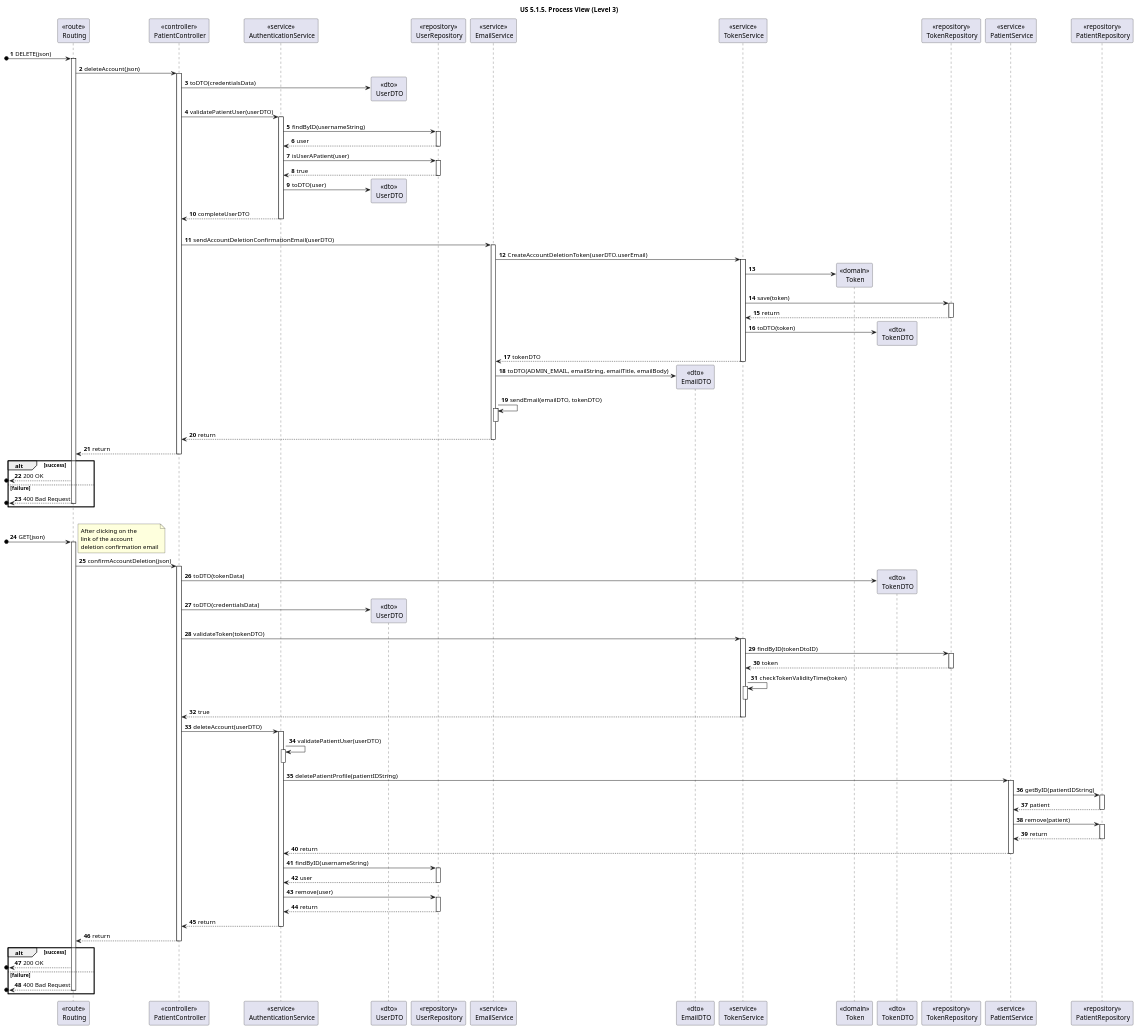
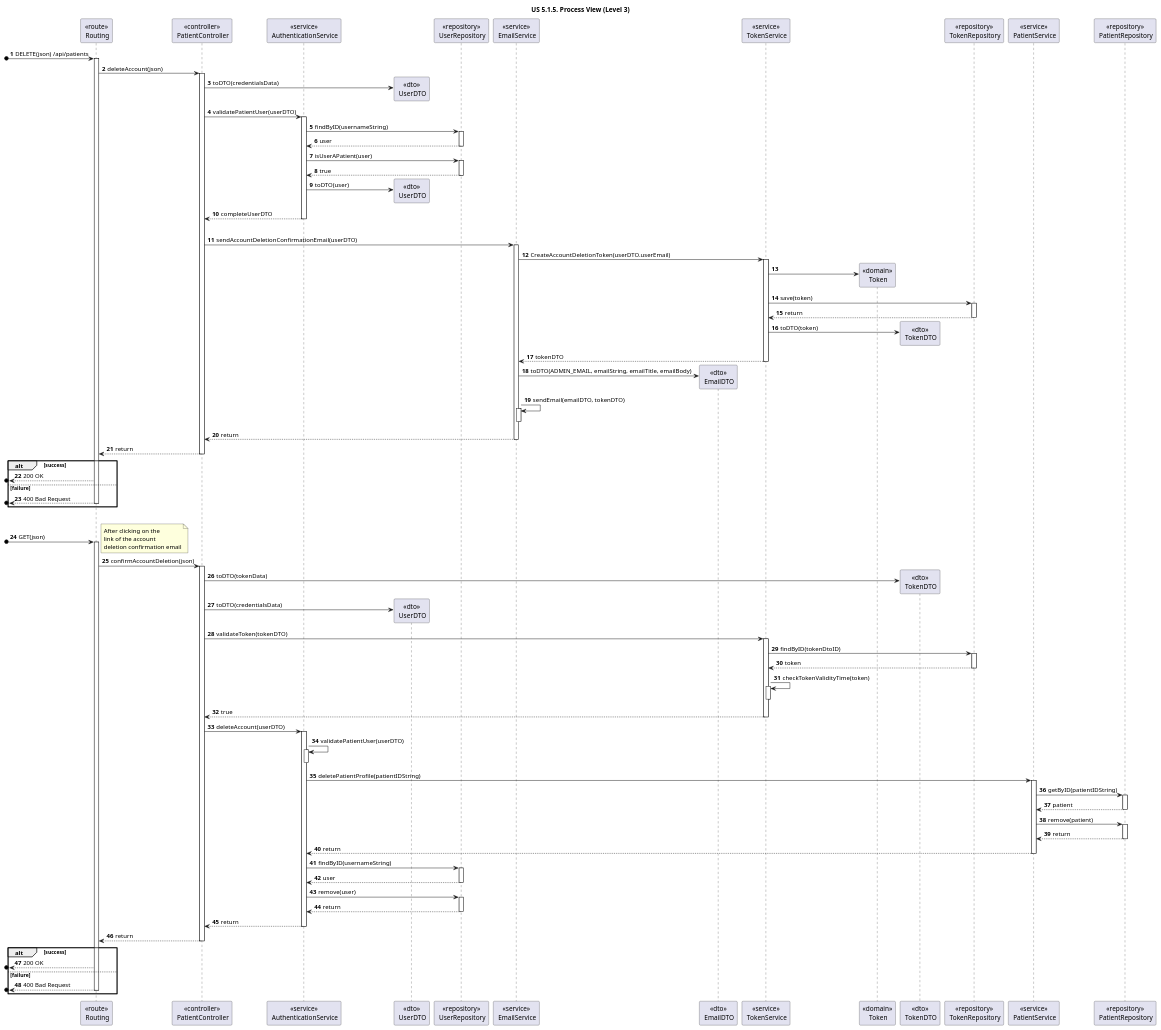
Before and after one commit to rita-barbosa/LAPR5-2425: the diagram in docs/sprint-1/1220683/us-5.1.5/diagrams/Process_View/Level-3/us5-process-view-lvl3.puml, drawn with PlantUML. The commit also changed 7 other files, not shown here.

```diff
--- a/docs/sprint-1/1220683/us-5.1.5/diagrams/Process_View/Level-3/us5-process-view-lvl3.puml
+++ b/docs/sprint-1/1220683/us-5.1.5/diagrams/Process_View/Level-3/us5-process-view-lvl3.puml
@@ -1,192 +1,192 @@
 @startuml
 'https://plantuml.com/sequence-diagram
 
 title "US 5.1.5. Process View (Level 3)"
 
 autonumber
 
 participant "<<route>>\n Routing" as ROUTE
 participant "<<controller>>\n PatientController" as CONTROL
 
 participant "<<service>>\n AuthenticationService" as AUTHServ
 
 participant "<<dto>>\n UserDTO" as UserDTO
 
 participant "<<repository>>\n UserRepository" as AUTHRepo
 
 participant "<<service>>\n EmailService" as EMAILServ
 participant "<<dto>>\n EmailDTO" as EmailDTO
 
 participant "<<service>>\n TokenService" as TOKENServ
 participant "<<domain>>\n Token" as TOKEN
 participant "<<dto>>\n TokenDTO" as TokenDTO
 participant "<<repository>>\n TokenRepository" as TOKENRepo
 
 participant "<<service>>\n PatientService" as PATIENTServ
 participant "<<repository>>\n PatientRepository" as PATIENTRepo
 
 
-[o-> ROUTE : DELETE(json)
+[o-> ROUTE : DELETE(json) /api/patients
 activate ROUTE
 
 ROUTE -> CONTROL : deleteAccount(json)
 activate CONTROL
 
 CONTROL -> UserDTO** : toDTO(credentialsData)
 
 CONTROL -> AUTHServ : validatePatientUser(userDTO)
 activate AUTHServ
 
 
 AUTHServ -> AUTHRepo : findByID(usernameString)
 activate AUTHRepo
 
 
 AUTHRepo --> AUTHServ : user
 deactivate AUTHRepo
 
 AUTHServ -> AUTHRepo : isUserAPatient(user)
 activate AUTHRepo
 
 AUTHRepo --> AUTHServ : true
 deactivate AUTHRepo
 
 AUTHServ -> UserDTO ** : toDTO(user)
 
 AUTHServ --> CONTROL : completeUserDTO
 deactivate AUTHServ
 
 |||
 'SENDING EMAIL
 
 CONTROL -> EMAILServ : sendAccountDeletionConfirmationEmail(userDTO)
 activate EMAILServ
 
 EMAILServ -> TOKENServ : CreateAccountDeletionToken(userDTO.userEmail)
 activate TOKENServ
 
 TOKENServ -> TOKEN **
 
 TOKENServ -> TOKENRepo : save(token)
 activate TOKENRepo
 
 
 TOKENRepo --> TOKENServ : return
 deactivate TOKENRepo
 
 TOKENServ -> TokenDTO ** : toDTO(token)
 
 TOKENServ --> EMAILServ : tokenDTO
 deactivate TOKENServ
 
 EMAILServ -> EmailDTO ** : toDTO(ADMIN_EMAIL, emailString, emailTitle, emailBody)
 
 EMAILServ -> EMAILServ : sendEmail(emailDTO, tokenDTO)
 activate EMAILServ
 deactivate EMAILServ
 
 
 EMAILServ --> CONTROL : return
 deactivate EMAILServ
 
 CONTROL --> ROUTE : return
 deactivate CONTROL
 
 alt success
 [o<-- ROUTE : 200 OK
 
 else failure
 
 [o<-- ROUTE : 400 Bad Request
 deactivate ROUTE
 end alt
 
 |||
 
 'CONFIRMATION
 
 [o-> ROUTE : GET(json)
 note left
 After clicking on the
 link of the account
 deletion confirmation email
 end note
 activate ROUTE
 
 ROUTE -> CONTROL : confirmAccountDeletion(json)
 activate CONTROL
 
 CONTROL -> TokenDTO ** : toDTO(tokenData)
 CONTROL -> UserDTO ** : toDTO(credentialsData)
 
 CONTROL -> TOKENServ : validateToken(tokenDTO)
 activate TOKENServ
 
 TOKENServ -> TOKENRepo : findByID(tokenDtoID)
 activate TOKENRepo
 
 TOKENRepo --> TOKENServ : token
 deactivate TOKENRepo
 
 TOKENServ -> TOKENServ : checkTokenValidityTime(token)
 activate TOKENServ
 deactivate TOKENServ
 
 TOKENServ --> CONTROL : true
 deactivate TOKENServ
 
 CONTROL -> AUTHServ : deleteAccount(userDTO)
 activate AUTHServ
 
 AUTHServ -> AUTHServ : validatePatientUser(userDTO)
 activate AUTHServ
 deactivate AUTHServ
 
 AUTHServ -> PATIENTServ : deletePatientProfile(patientIDString)
 activate PATIENTServ
 
 PATIENTServ -> PATIENTRepo : getByID(patientIDString)
 activate PATIENTRepo
 
 PATIENTRepo --> PATIENTServ : patient
 deactivate PATIENTRepo
 
 PATIENTServ -> PATIENTRepo : remove(patient)
 activate PATIENTRepo
 
 
 PATIENTRepo --> PATIENTServ : return
 deactivate PATIENTRepo
 
 PATIENTServ --> AUTHServ : return
 deactivate PATIENTServ
 
 AUTHServ -> AUTHRepo :  findByID(usernameString)
 activate AUTHRepo
 
 AUTHRepo --> AUTHServ : user
 deactivate AUTHRepo
 
 AUTHServ -> AUTHRepo : remove(user)
 activate AUTHRepo
 
 
 AUTHRepo --> AUTHServ : return
 deactivate AUTHRepo
 
 AUTHServ --> CONTROL : return
 deactivate AUTHServ
 
 CONTROL --> ROUTE : return
 deactivate CONTROL
 
 alt success
 [o<-- ROUTE : 200 OK
 
 else failure
 
 [o<-- ROUTE : 400 Bad Request
 deactivate ROUTE
 end alt
 
 @enduml
```
